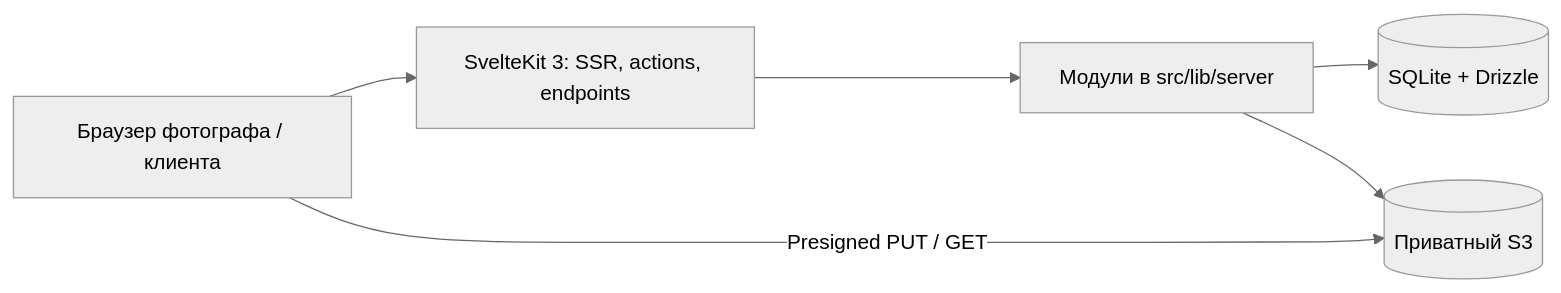
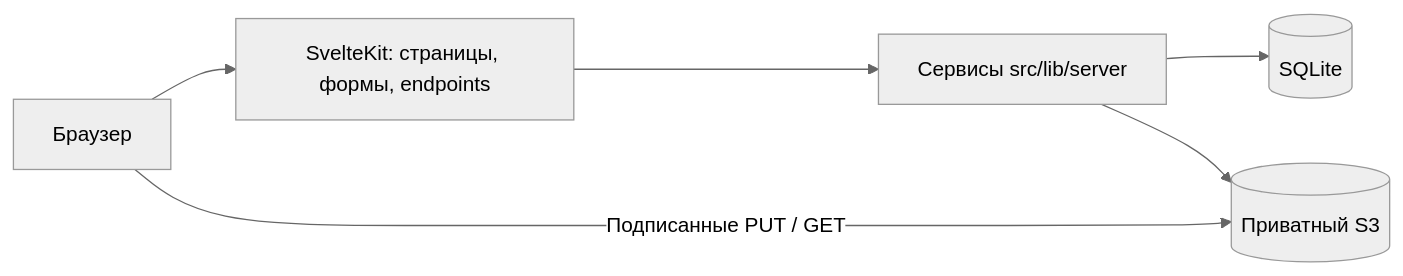
One commit to project-practice-kn/viewport-js changed the diagram in docs/architecture.md. Above: the diagram before and after it, drawn with Mermaid (neutral theme). The commit also changed other lines of this file and 106 other files, not shown here.

````diff
--- a/docs/architecture.md
+++ b/docs/architecture.md
@@ -7,8 +5,8 @@
 ```mermaid
 flowchart LR
-  B[Браузер фотографа / клиента] --> K[SvelteKit 3: SSR, actions, endpoints]
-  K --> A[Модули в src/lib/server]
-  A --> DB[(SQLite + Drizzle)]
+  B[Браузер] --> K[SvelteKit: страницы, формы, endpoints]
+  K --> A[Сервисы src/lib/server]
+  A --> DB[(SQLite)]
   A --> S3[(Приватный S3)]
-  B -->|Presigned PUT / GET| S3
+  B -->|Подписанные PUT / GET| S3
 ```
````
